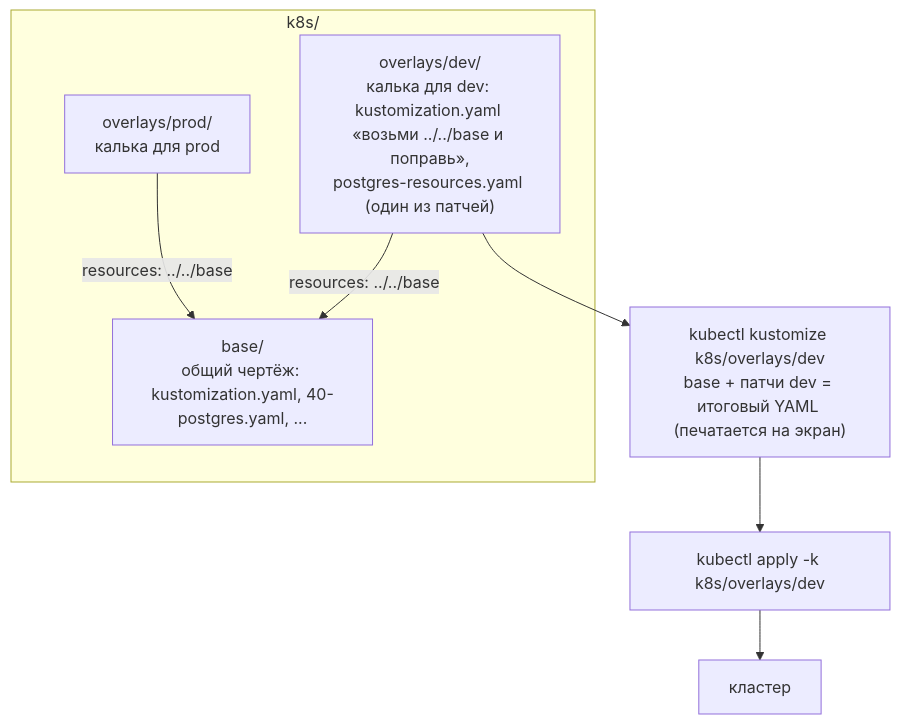
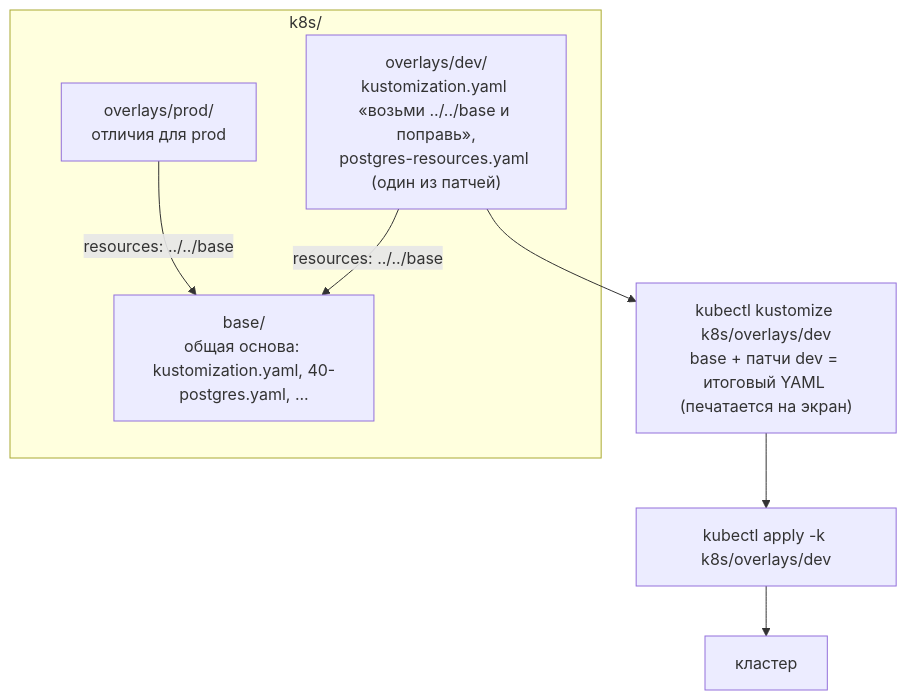
The first of 2 diagrams in devops/05-kubernetes/10-kustomize.md (distinguished-sre/learning), drawn with Mermaid before and after one commit. The commit also changed other lines of this file and 462 other files, not shown here.

````diff
--- a/devops/05-kubernetes/10-kustomize.md
+++ b/devops/05-kubernetes/10-kustomize.md
@@ -47,12 +47,12 @@
 ```mermaid
 flowchart TD
     subgraph K["k8s/"]
-        B["base/<br>общий чертёж: kustomization.yaml, 40-postgres.yaml, ..."]
-        D["overlays/dev/<br>калька для dev: kustomization.yaml «возьми ../../base и поправь»,<br>postgres-resources.yaml (один из патчей)"]
-        P["overlays/prod/<br>калька для prod"]
+        B["base/<br>общая основа: kustomization.yaml, 40-postgres.yaml, ..."]
+        D["overlays/dev/<br>kustomization.yaml «возьми ../../base и поправь»,<br>postgres-resources.yaml (один из патчей)"]
+        P["overlays/prod/<br>отличия для prod"]
     end
     D -->|"resources: ../../base"| B
     P -->|"resources: ../../base"| B
     D --> BUILD["kubectl kustomize k8s/overlays/dev<br>base + патчи dev = итоговый YAML (печатается на экран)"]
     BUILD --> APPLY["kubectl apply -k k8s/overlays/dev"] --> CL["кластер"]
 ```
````
